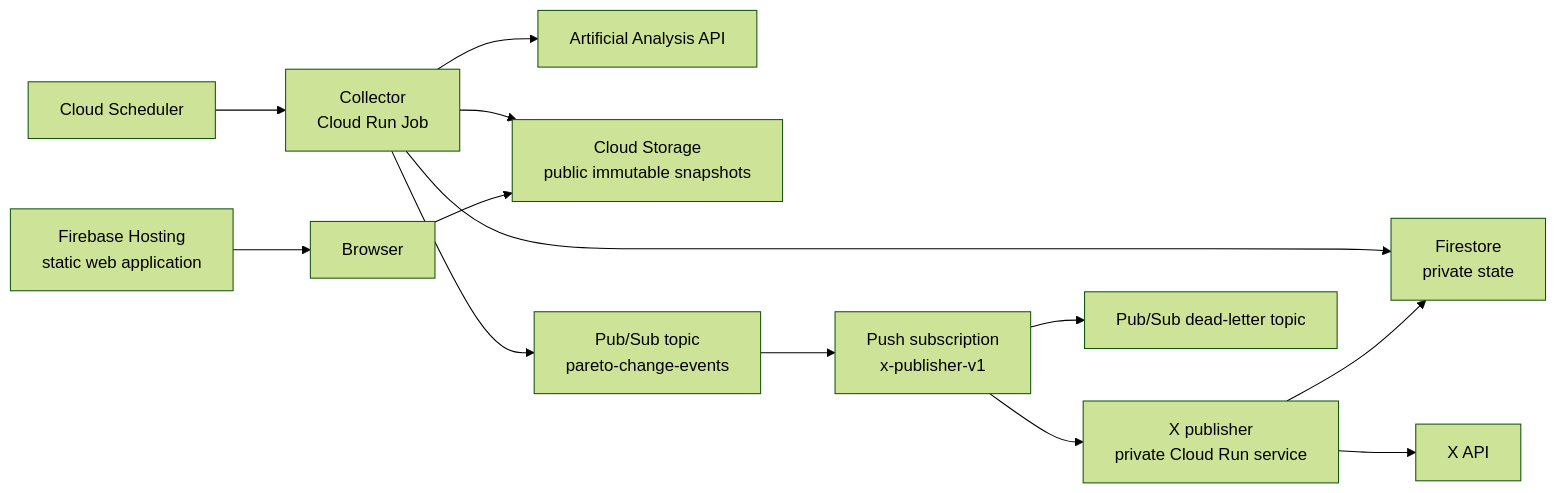
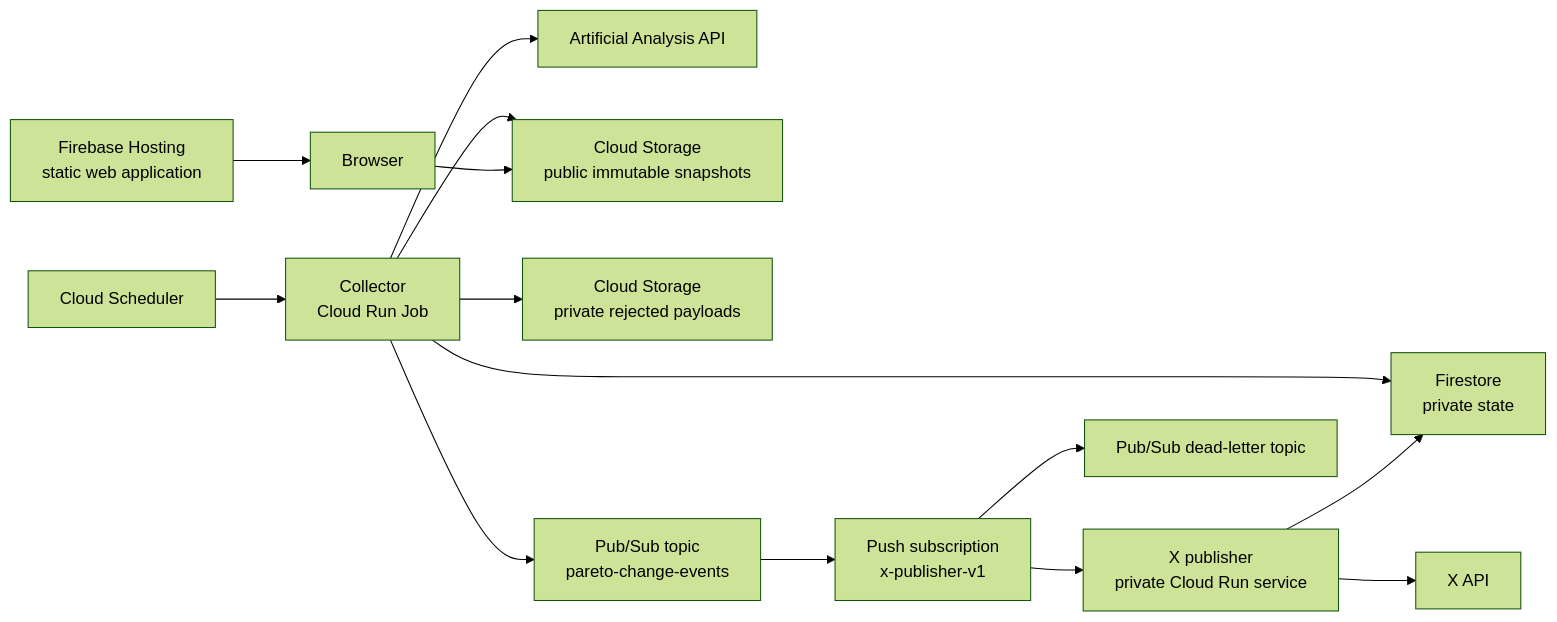
One commit to garrese/ai-pareto changed the diagram in doc/architecture.md. Above: the diagram before and after it, drawn with Mermaid (forest theme). The commit also changed other lines of this file and 22 other files, not shown here.

Commit message:
Capture rejected duplicate model payloads for diagnosis

````diff
--- a/doc/architecture.md
+++ b/doc/architecture.md
@@ -34,17 +34,18 @@
 ```mermaid
 flowchart LR
     scheduler["Cloud Scheduler"] --> collector["Collector<br/>Cloud Run Job"]
     collector --> upstream["Artificial Analysis API"]
     collector --> storage["Cloud Storage<br/>public immutable snapshots"]
+    collector --> diagnostics["Cloud Storage<br/>private rejected payloads"]
     collector --> state["Firestore<br/>private state"]
     collector --> topic["Pub/Sub topic<br/>pareto-change-events"]
 
     hosting["Firebase Hosting<br/>static web application"] --> browser["Browser"]
     browser --> storage
 
     topic --> subscription["Push subscription<br/>x-publisher-v1"]
     subscription --> publisher["X publisher<br/>private Cloud Run service"]
     publisher --> xapi["X API"]
     publisher --> state
     subscription --> deadletter["Pub/Sub dead-letter topic"]
 ```
````
